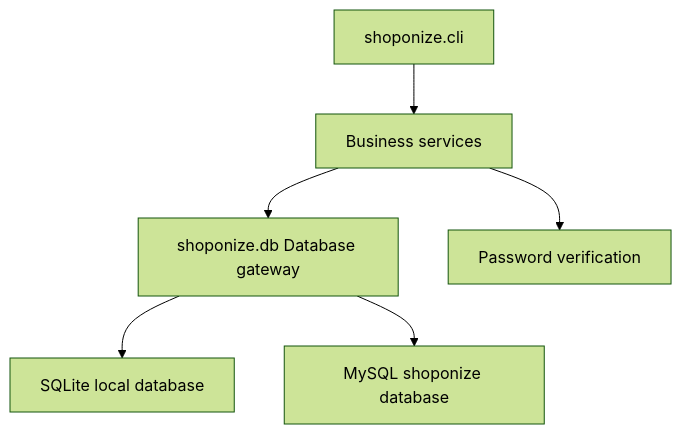
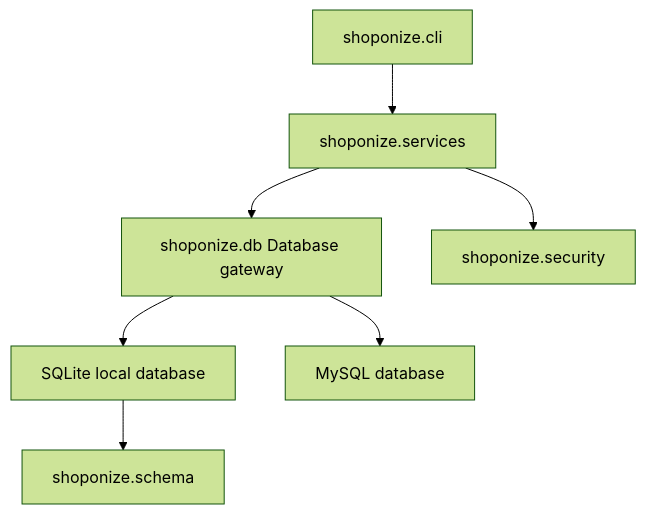
The diagram in README.md (RynTrq/Online-Bookstore-Management-System), drawn with Mermaid (forest theme) before and after one commit. The commit also changed other lines of this file and 5 other files, not shown here.

````diff
--- a/README.md
+++ b/README.md
@@ -38,8 +51,9 @@
 ```mermaid
 flowchart TD
-    CLI["shoponize.cli"] --> Services["Business services"]
-    Services --> DB["shoponize.db Database gateway"]
-    DB --> SQLite["SQLite local database"]
-    DB --> MySQL["MySQL shoponize database"]
-    Services --> Security["Password verification"]
+    CLI[shoponize.cli] --> Services[shoponize.services]
+    Services --> DB[shoponize.db Database gateway]
+    Services --> Security[shoponize.security]
+    DB --> SQLite[SQLite local database]
+    DB --> MySQL[MySQL database]
+    SQLite --> Schema[shoponize.schema]
 ```
````
